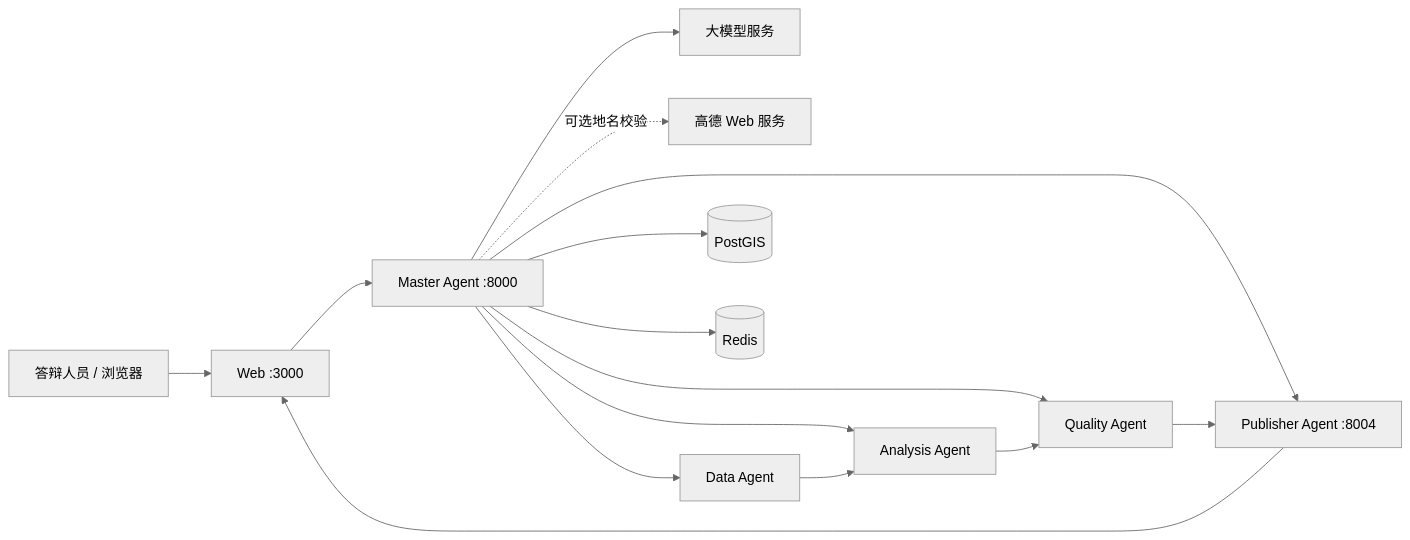
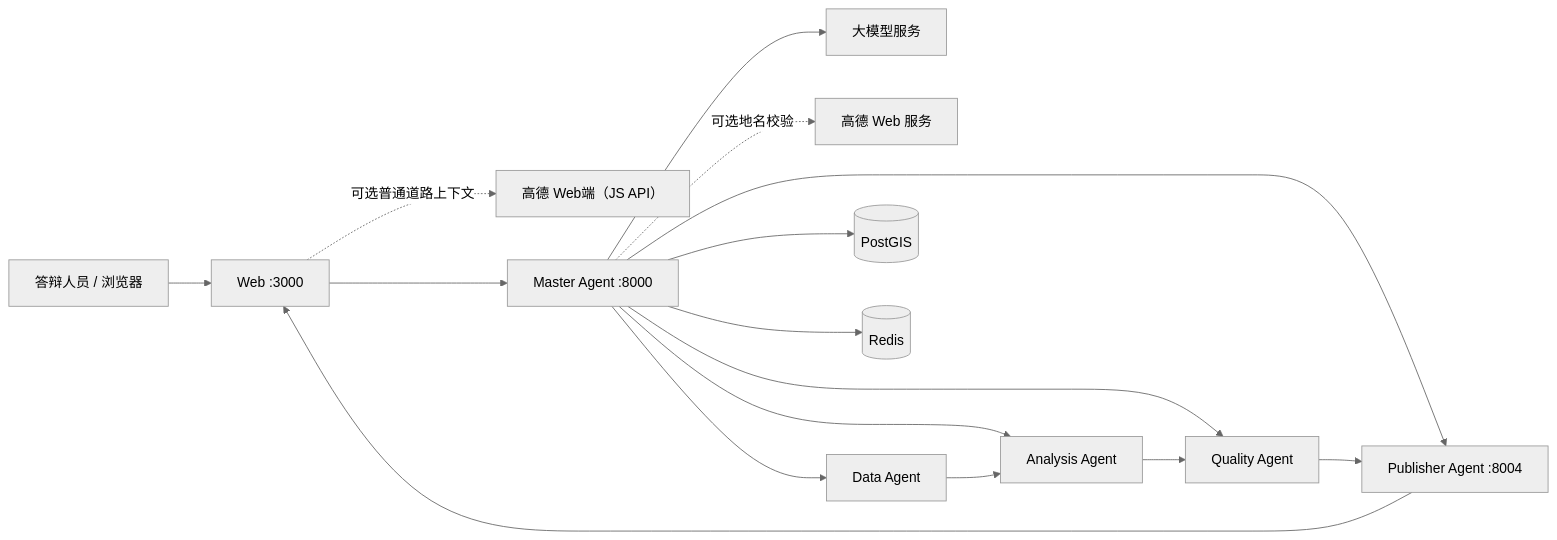
The diagram in README.md (FoxSeventeen/hennongxi-multi-agent-gis), drawn with Mermaid (neutral theme) before and after one commit. The commit also changed other lines of this file and 9 other files, not shown here.

````diff
--- a/README.md
+++ b/README.md
@@ -21,15 +22,16 @@
 ```mermaid
 flowchart LR
     U["答辩人员 / 浏览器"] --> W["Web :3000"]
+    W -. "可选普通道路上下文" .-> J["高德 Web端（JS API）"]
     W --> M["Master Agent :8000"]
     M --> L["大模型服务"]
     M -. "可选地名校验" .-> A["高德 Web 服务"]
     M --> D["Data Agent"]
     M --> N["Analysis Agent"]
     M --> Q["Quality Agent"]
     M --> P["Publisher Agent :8004"]
     M --> G[("PostGIS")]
     M --> R[("Redis")]
     D --> N --> Q --> P
     P --> W
 ```
````
